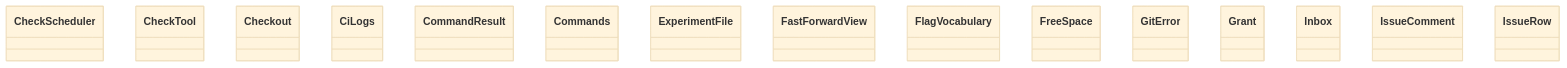
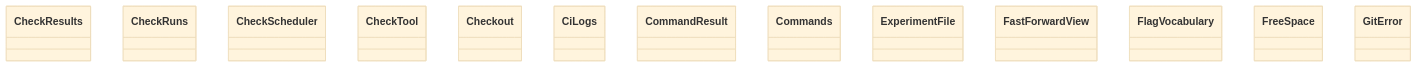
The diagram in docs/architecture/generated/classes-process-application-support-2.md (GonzaloZevallos/agentic-system), drawn with Mermaid (base theme) before and after one commit. The commit also changed other lines of this file and 43 other files, not shown here.

````diff
--- a/docs/architecture/generated/classes-process-application-support-2.md
+++ b/docs/architecture/generated/classes-process-application-support-2.md
@@ -18,18 +19,16 @@
 ```mermaid
 classDiagram
+    class ports__CheckResults["CheckResults"]
+    class ports__CheckRuns["CheckRuns"]
     class ports__CheckScheduler["CheckScheduler"]
     class ports__CheckTool["CheckTool"]
     class ports__Checkout["Checkout"]
     class ports__CiLogs["CiLogs"]
     class ports__CommandResult["CommandResult"]
     class ports__Commands["Commands"]
     class ports__ExperimentFile["ExperimentFile"]
     class ports__FastForwardView["FastForwardView"]
     class ports__FlagVocabulary["FlagVocabulary"]
     class ports__FreeSpace["FreeSpace"]
     class ports__GitError["GitError"]
-    class ports__Grant["Grant"]
-    class ports__Inbox["Inbox"]
-    class ports__IssueComment["IssueComment"]
-    class ports__IssueRow["IssueRow"]
 ```
````
